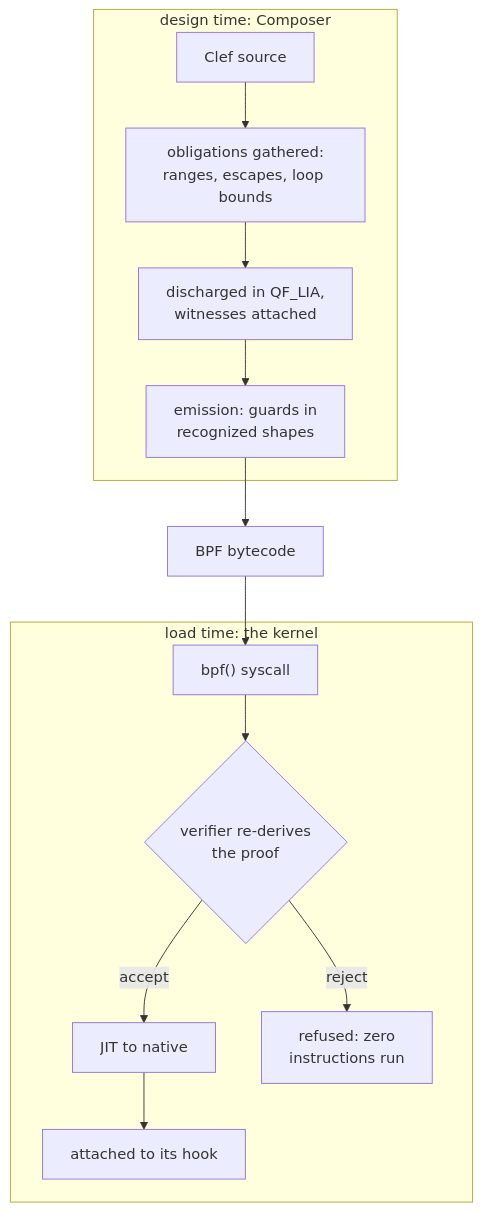
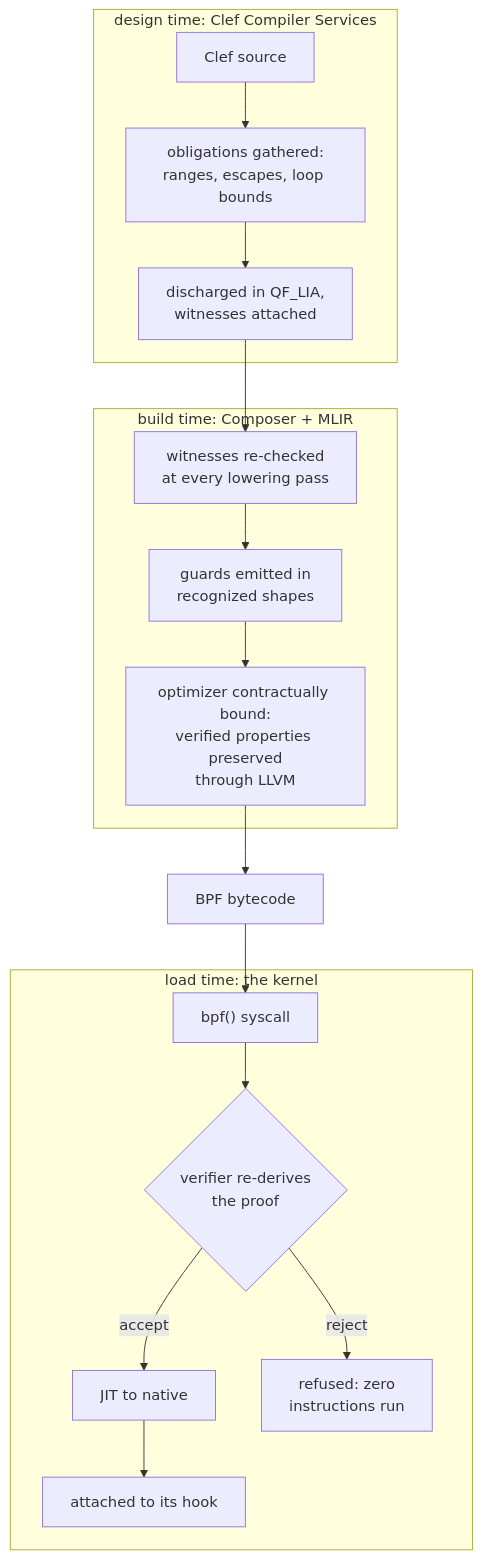
One commit to FidelityFramework/clef-lang-site changed the first of 3 diagrams in hugo/content/blog/building-bulletproof-ebpf-programs.md. Above: the diagram before and after it, drawn with Mermaid. The commit also changed other lines of this file, not shown here.

````diff
--- a/hugo/content/blog/building-bulletproof-ebpf-programs.md
+++ b/hugo/content/blog/building-bulletproof-ebpf-programs.md
@@ -38,16 +38,21 @@
 ```mermaid
 flowchart TD
-    subgraph CT["design time: Composer"]
+    subgraph CT["design time: Clef Compiler Services"]
         SRC["Clef source"] --> OB["obligations gathered:<br/>ranges, escapes, loop bounds"]
         OB --> ZD["discharged in QF_LIA,<br/>witnesses attached"]
-        ZD --> EM["emission: guards in<br/>recognized shapes"]
     end
-    EM --> BC["BPF bytecode"]
+    subgraph BT["build time: Composer + MLIR"]
+        RC["witnesses re-checked<br/>at every lowering pass"]
+        RC --> EM["guards emitted in<br/>recognized shapes"]
+        EM --> LP["optimizer contractually bound:<br/>verified properties preserved<br/>through LLVM"]
+    end
+    ZD --> RC
+    LP --> BC["BPF bytecode"]
     BC --> LD
     subgraph KT["load time: the kernel"]
         LD["bpf() syscall"] --> VF{"verifier re-derives<br/>the proof"}
         VF -->|accept| JT["JIT to native"]
         JT --> HK["attached to its hook"]
         VF -->|reject| RJ["refused: zero<br/>instructions run"]
     end
 ```
````
